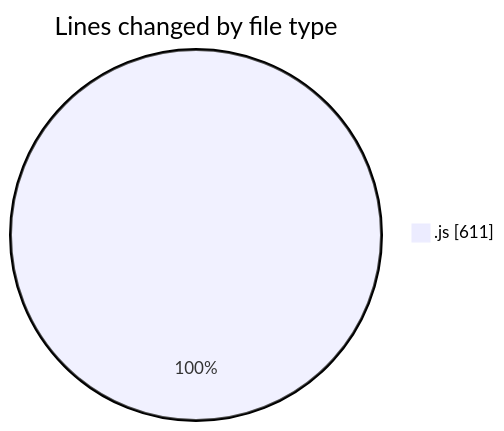
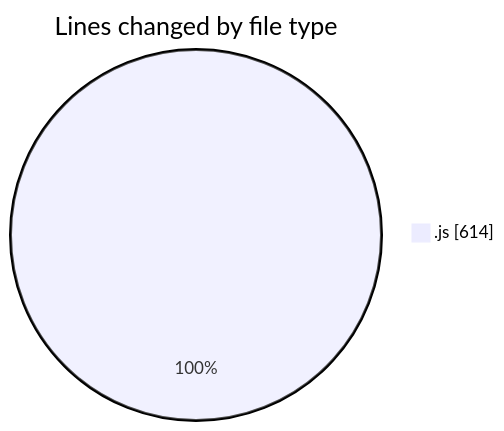
One commit to nxtqubesakshisongat/code-tracking changed the first of 2 diagrams in 2026-01-15/nxtqube_webapp/README.md. Above: the diagram before and after it, drawn with Mermaid. The commit also changed other lines of this file and 1 other file, not shown here.

````diff
--- a/2026-01-15/nxtqube_webapp/README.md
+++ b/2026-01-15/nxtqube_webapp/README.md
@@ -20,5 +20,5 @@
 ```mermaid
 pie showData
 title Lines changed by file type
-".js" : 611
+".js" : 614
 ```
````
